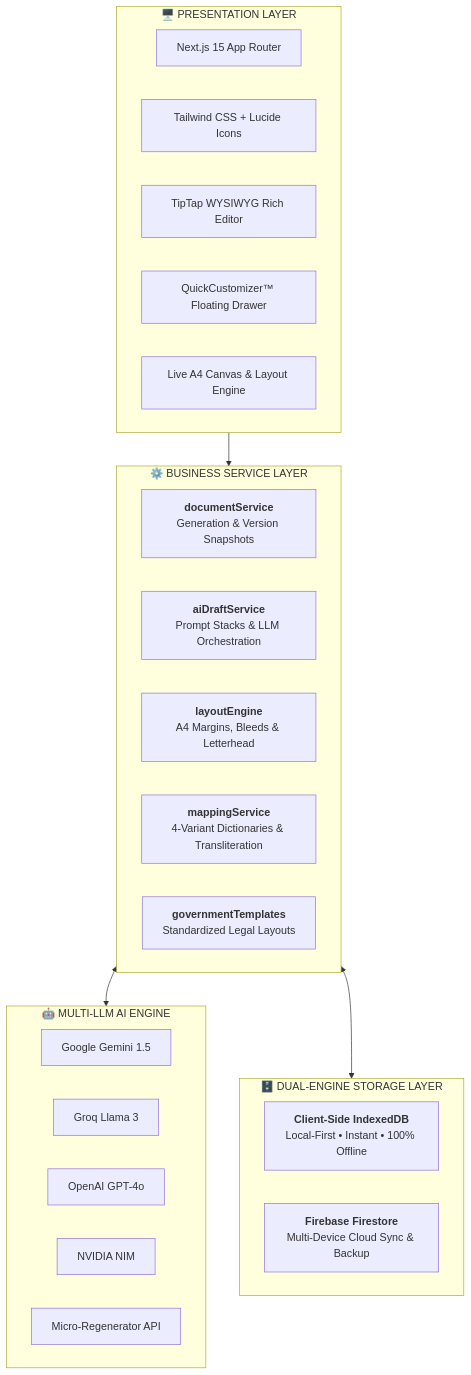
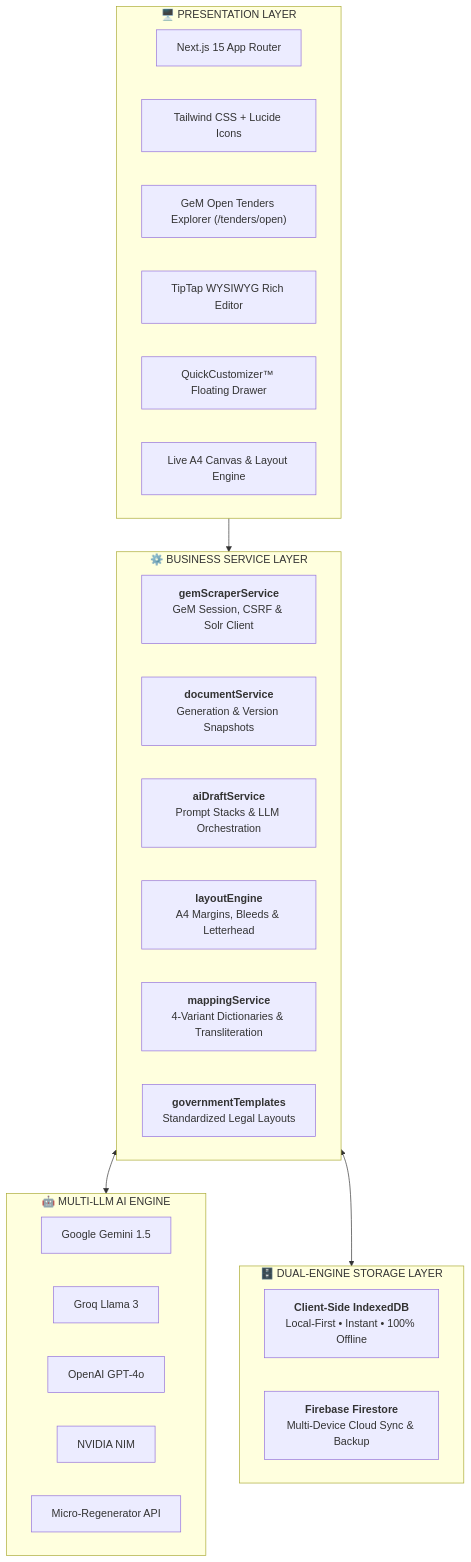
One commit to Magraa/TenderFlow-AI changed the fourth of 7 diagrams in README.md. Above: the diagram before and after it, drawn with Mermaid. The commit also changed other lines of this file and 11 other files, not shown here.

Commit message:
feat: add GeM (Government e-Marketplace) live tender explorer & 1-click importer with comprehensive documentation

````diff
--- a/README.md
+++ b/README.md
@@ -170,35 +200,37 @@
 ```mermaid
 graph TB
     subgraph UI ["🖥️ PRESENTATION LAYER"]
         P1["Next.js 15 App Router"]
         P2["Tailwind CSS + Lucide Icons"]
-        P3["TipTap WYSIWYG Rich Editor"]
-        P4["QuickCustomizer™ Floating Drawer"]
-        P5["Live A4 Canvas & Layout Engine"]
+        P3["GeM Open Tenders Explorer (/tenders/open)"]
+        P4["TipTap WYSIWYG Rich Editor"]
+        P5["QuickCustomizer™ Floating Drawer"]
+        P6["Live A4 Canvas & Layout Engine"]
     end
 
     subgraph SERVICES ["⚙️ BUSINESS SERVICE LAYER"]
-        S1["<b>documentService</b><br/>Generation & Version Snapshots"]
-        S2["<b>aiDraftService</b><br/>Prompt Stacks & LLM Orchestration"]
-        S3["<b>layoutEngine</b><br/>A4 Margins, Bleeds & Letterhead"]
-        S4["<b>mappingService</b><br/>4-Variant Dictionaries & Transliteration"]
-        S5["<b>governmentTemplates</b><br/>Standardized Legal Layouts"]
+        S1["<b>gemScraperService</b><br/>GeM Session, CSRF & Solr Client"]
+        S2["<b>documentService</b><br/>Generation & Version Snapshots"]
+        S3["<b>aiDraftService</b><br/>Prompt Stacks & LLM Orchestration"]
+        S4["<b>layoutEngine</b><br/>A4 Margins, Bleeds & Letterhead"]
+        S5["<b>mappingService</b><br/>4-Variant Dictionaries & Transliteration"]
+        S6["<b>governmentTemplates</b><br/>Standardized Legal Layouts"]
     end
 
     subgraph AI_LAYER ["🤖 MULTI-LLM AI ENGINE"]
         A1["Google Gemini 1.5"]
         A2["Groq Llama 3"]
         A3["OpenAI GPT-4o"]
         A4["NVIDIA NIM"]
         A5["Micro-Regenerator API"]
     end
 
     subgraph STORAGE ["🗄️ DUAL-ENGINE STORAGE LAYER"]
         DB1["<b>Client-Side IndexedDB</b><br/>Local-First • Instant • 100% Offline"]
         DB2["<b>Firebase Firestore</b><br/>Multi-Device Cloud Sync & Backup"]
     end
 
     UI --> SERVICES
     SERVICES <--> AI_LAYER
     SERVICES <--> STORAGE
 ```
````
